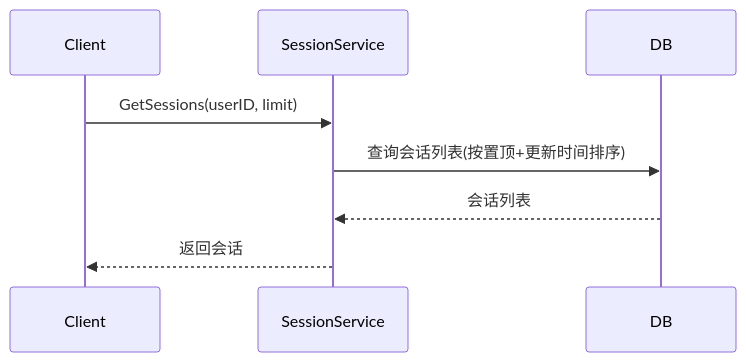
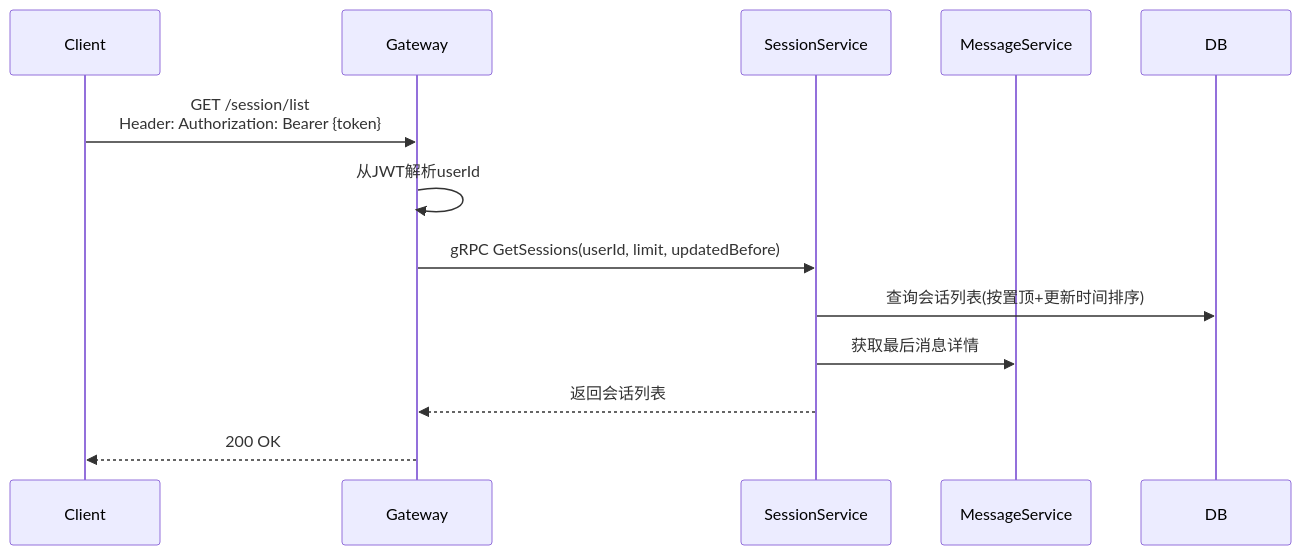
One commit to yzhgit/anychat-server changed the first of 4 diagrams in docs/design/session/session.md. Above: the diagram before and after it, drawn with Mermaid. The commit also changed other lines of this file and 30 other files, not shown here.

First line of the commit message:
docs: 更新设计文档时序图，添加Gateway和NATS参与者

````diff
--- a/docs/design/session/session.md
+++ b/docs/design/session/session.md
@@ -41,11 +41,16 @@
 ```mermaid
 sequenceDiagram
     participant Client
+    participant Gateway
     participant SessionService
+    participant MessageService
     participant DB
 
-    Client->>SessionService: GetSessions(userID, limit)
+    Client->>Gateway: GET /session/list<br/>Header: Authorization: Bearer {token}
+    Gateway->>Gateway: 从JWT解析userId
+    Gateway->>SessionService: gRPC GetSessions(userId, limit, updatedBefore)
     SessionService->>DB: 查询会话列表(按置顶+更新时间排序)
-    DB-->>SessionService: 会话列表
-    SessionService-->>Client: 返回会话
+    SessionService->>MessageService: 获取最后消息详情
+    SessionService-->>Gateway: 返回会话列表
+    Gateway-->>Client: 200 OK
 ```
````
